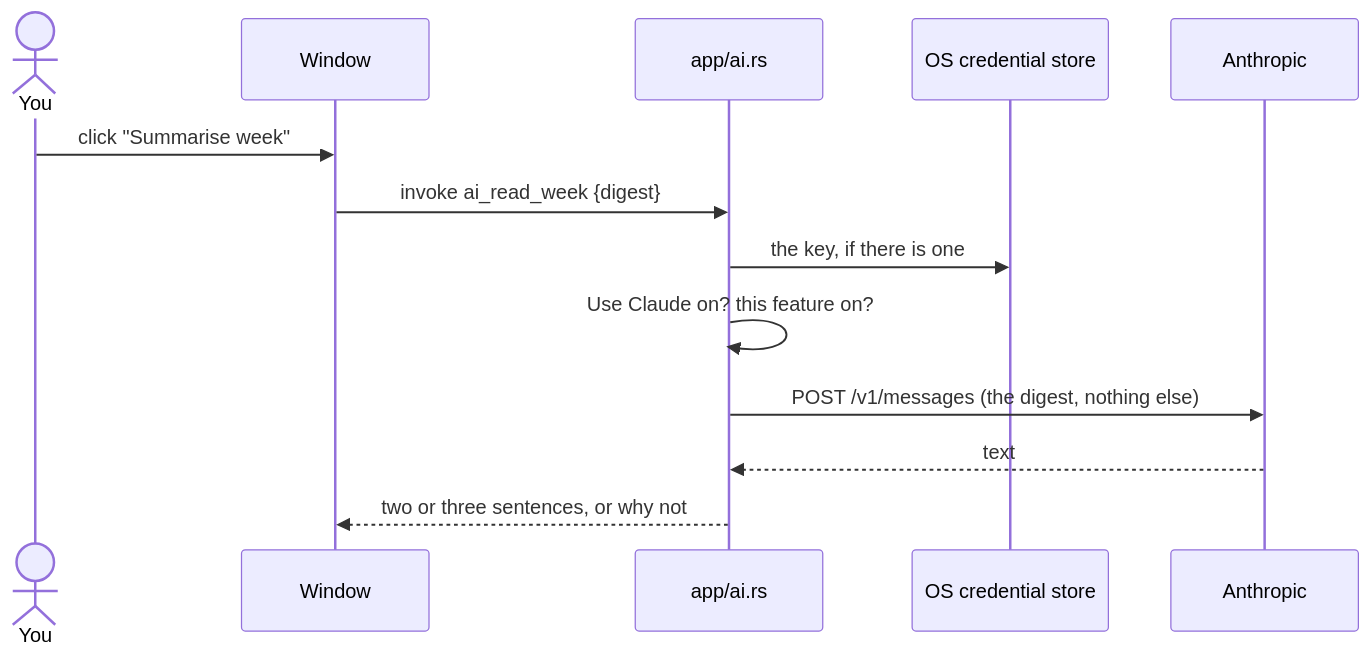
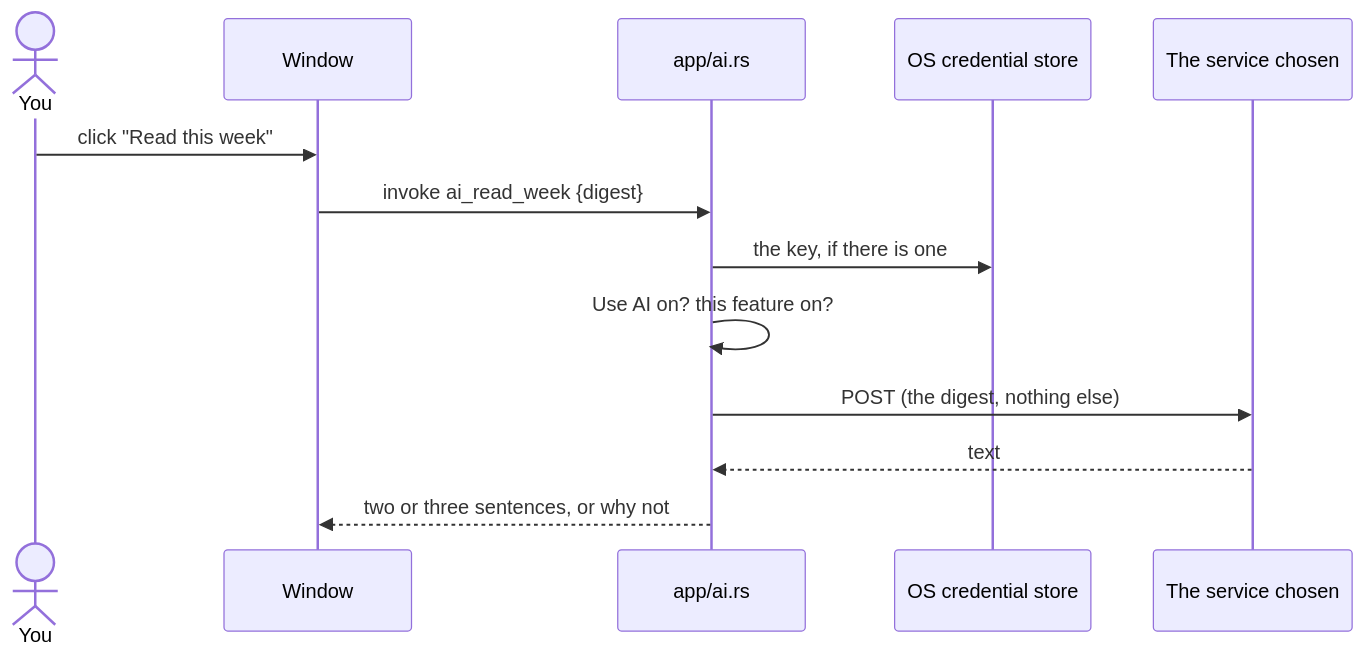
Before and after one commit to ax5hay/KeepMeAwake: the sixth of 9 diagrams in docs/architecture.md, drawn with Mermaid. The commit also changed other lines of this file and 20 other files, not shown here.

````diff
--- a/docs/architecture.md
+++ b/docs/architecture.md
@@ -232,15 +234,15 @@
 ```mermaid
 sequenceDiagram
     actor U as You
     participant UI as Window
     participant A as app/ai.rs
     participant K as OS credential store
-    participant C as Anthropic
-    U->>UI: click "Summarise week"
+    participant C as The service chosen
+    U->>UI: click "Read this week"
     UI->>A: invoke ai_read_week {digest}
     A->>K: the key, if there is one
-    A->>A: Use Claude on? this feature on?
-    A->>C: POST /v1/messages (the digest, nothing else)
+    A->>A: Use AI on? this feature on?
+    A->>C: POST (the digest, nothing else)
     C-->>A: text
     A-->>UI: two or three sentences, or why not
 ```
````
